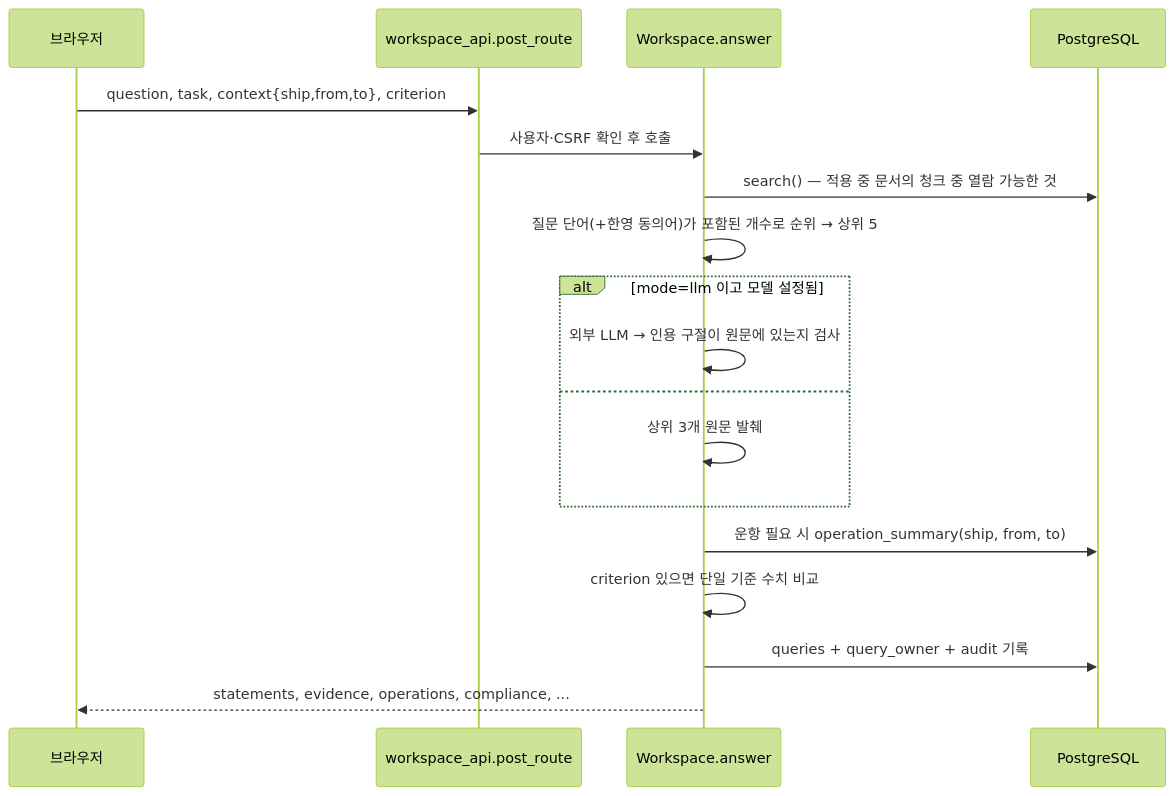
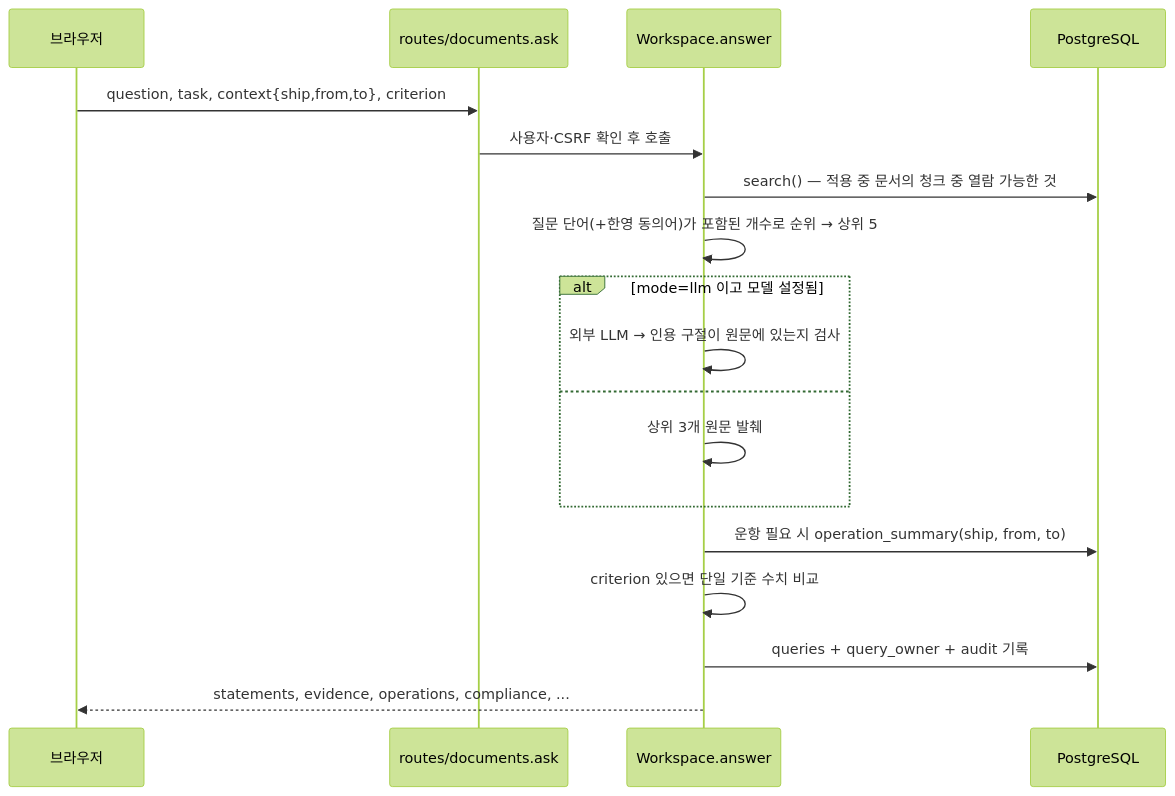
The second of 3 diagrams in docs/architecture.md (JongmuLee/sea-the-answer), drawn with Mermaid (forest theme) before and after one commit. The commit also changed other lines of this file and 4 other files, not shown here.

````diff
--- a/docs/architecture.md
+++ b/docs/architecture.md
@@ -67,20 +67,20 @@
 ```mermaid
 sequenceDiagram
   participant UI as 브라우저
-  participant API as workspace_api.post_route
+  participant API as routes/documents.ask
   participant WS as Workspace.answer
   participant DB as PostgreSQL
   UI->>API: question, task, context{ship,from,to}, criterion
   API->>WS: 사용자·CSRF 확인 후 호출
   WS->>DB: search() — 적용 중 문서의 청크 중 열람 가능한 것
   WS->>WS: 질문 단어(+한영 동의어)가 포함된 개수로 순위 → 상위 5
   alt mode=llm 이고 모델 설정됨
     WS->>WS: 외부 LLM → 인용 구절이 원문에 있는지 검사
   else
     WS->>WS: 상위 3개 원문 발췌
   end
   WS->>DB: 운항 필요 시 operation_summary(ship, from, to)
   WS->>WS: criterion 있으면 단일 기준 수치 비교
   WS->>DB: queries + query_owner + audit 기록
   WS-->>UI: statements, evidence, operations, compliance, ...
 ```
````
